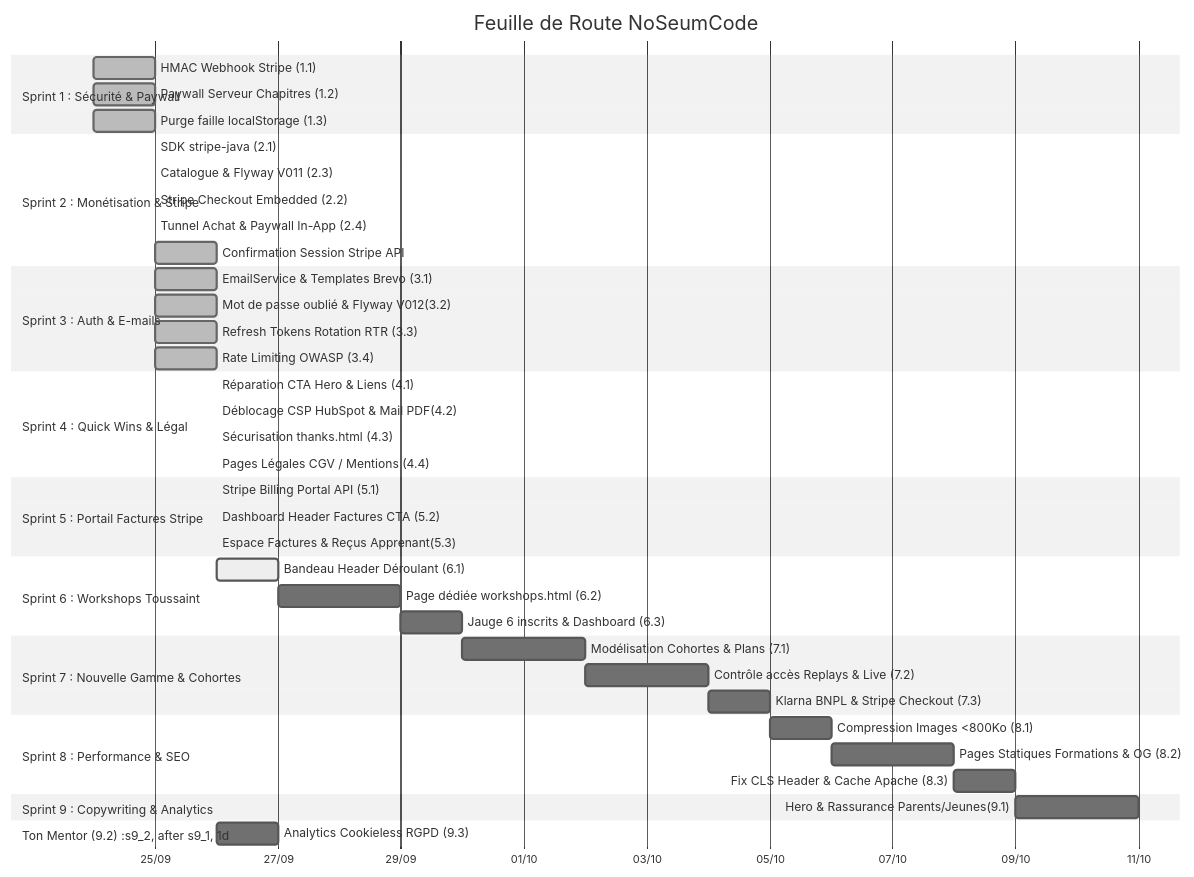
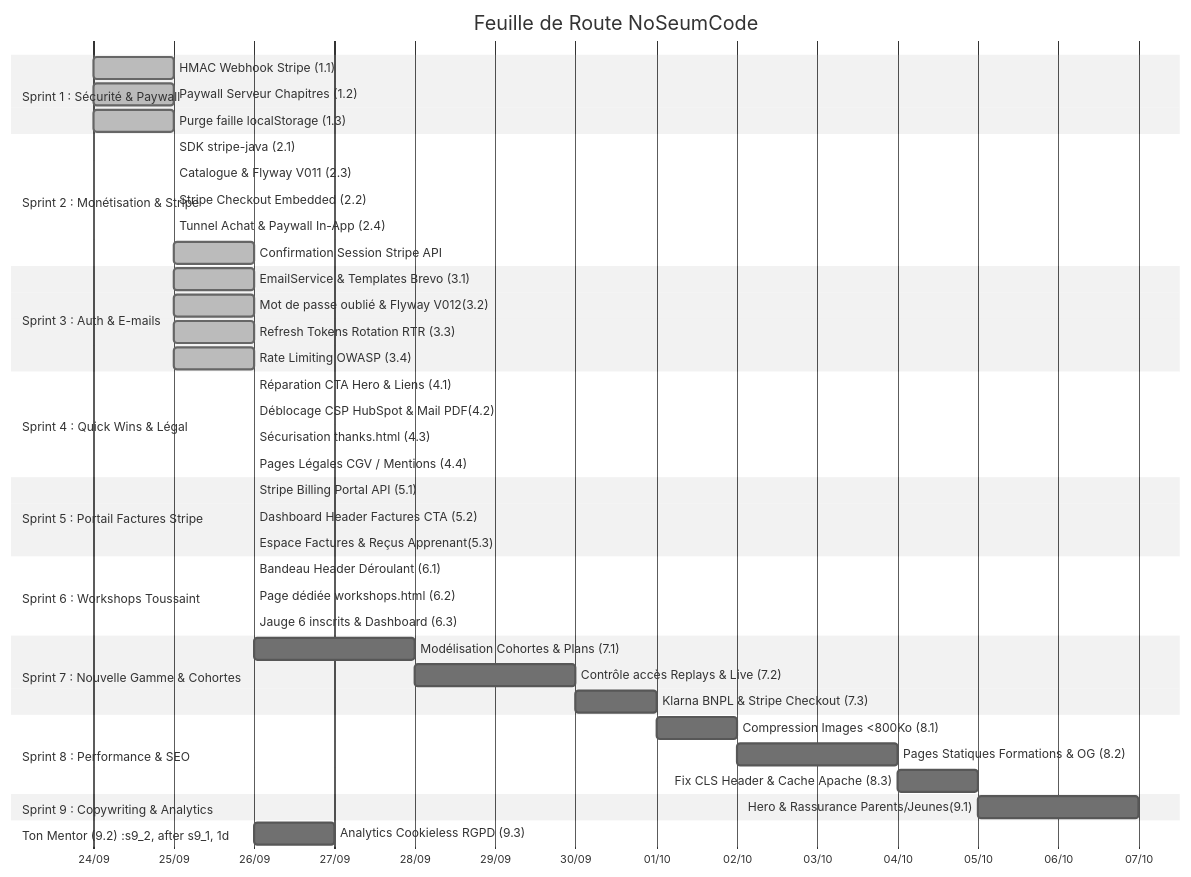
One commit to cedricrgt/noSeumCode changed the diagram in docs/ai/ROADMAP.md. Above: the diagram before and after it, drawn with Mermaid (neutral theme). The commit also changed other lines of this file and 27 other files, not shown here.

First line of the commit message:
feat(workshops): implement toussaint discovery workshops with 6-seat limit and student dashboard sync

````diff
--- a/docs/ai/ROADMAP.md
+++ b/docs/ai/ROADMAP.md
@@ -26,55 +26,55 @@
 ```mermaid
 gantt
     title Feuille de Route NoSeumCode
     dateFormat  YYYY-MM-DD
     axisFormat  %d/%m
 
     section Sprint 1 : Sécurité & Paywall
     HMAC Webhook Stripe (1.1)            :done, s1_1, 2026-09-24, 2026-09-25
     Paywall Serveur Chapitres (1.2)      :done, s1_2, 2026-09-24, 2026-09-25
     Purge faille localStorage (1.3)      :done, s1_3, 2026-09-24, 2026-09-25
 
     section Sprint 2 : Monétisation & Stripe
     SDK stripe-java (2.1)                :done, s2_1, 2026-09-25, 2026-09-25
     Catalogue & Flyway V011 (2.3)        :done, s2_2, 2026-09-25, 2026-09-25
     Stripe Checkout Embedded (2.2)       :done, s2_3, 2026-09-25, 2026-09-25
     Tunnel Achat & Paywall In-App (2.4)  :done, s2_4, 2026-09-25, 2026-09-25
     Confirmation Session Stripe API      :done, s2_5, 2026-09-25, 2026-09-26
 
     section Sprint 3 : Auth & E-mails
     EmailService & Templates Brevo (3.1) :done, s3_1, 2026-09-25, 2026-09-26
     Mot de passe oublié & Flyway V012(3.2):done, s3_2, 2026-09-25, 2026-09-26
     Refresh Tokens Rotation RTR (3.3)    :done, s3_3, 2026-09-25, 2026-09-26
     Rate Limiting OWASP (3.4)            :done, s3_4, 2026-09-25, 2026-09-26
 
     section Sprint 4 : Quick Wins & Légal
     Réparation CTA Hero & Liens (4.1)    :done, s4_1, 2026-09-26, 2026-09-26
     Déblocage CSP HubSpot & Mail PDF(4.2):done, s4_2, 2026-09-26, 2026-09-26
     Sécurisation thanks.html (4.3)       :done, s4_3, 2026-09-26, 2026-09-26
     Pages Légales CGV / Mentions (4.4)   :done, s4_4, 2026-09-26, 2026-09-26
 
     section Sprint 5 : Portail Factures Stripe
     Stripe Billing Portal API (5.1)      :done, s5_1, 2026-09-26, 2026-09-26
     Dashboard Header Factures CTA (5.2)  :done, s5_2, 2026-09-26, 2026-09-26
     Espace Factures & Reçus Apprenant(5.3):done, s5_3, 2026-09-26, 2026-09-26
 
     section Sprint 6 : Workshops Toussaint
-    Bandeau Header Déroulant (6.1)       :active, s6_1, 2026-09-26, 1d
-    Page dédiée workshops.html (6.2)     :s6_2, after s6_1, 2d
-    Jauge 6 inscrits & Dashboard (6.3)   :s6_3, after s6_2, 1d
+    Bandeau Header Déroulant (6.1)       :done, s6_1, 2026-09-26, 2026-09-26
+    Page dédiée workshops.html (6.2)     :done, s6_2, 2026-09-26, 2026-09-26
+    Jauge 6 inscrits & Dashboard (6.3)   :done, s6_3, 2026-09-26, 2026-09-26
 
     section Sprint 7 : Nouvelle Gamme & Cohortes
     Modélisation Cohortes & Plans (7.1)  :s7_1, after s6_3, 2d
     Contrôle accès Replays & Live (7.2)  :s7_2, after s7_1, 2d
     Klarna BNPL & Stripe Checkout (7.3)  :s7_3, after s7_2, 1d
 
     section Sprint 8 : Performance & SEO
     Compression Images <800Ko (8.1)      :s8_1, after s7_3, 1d
     Pages Statiques Formations & OG (8.2):s8_2, after s8_1, 2d
     Fix CLS Header & Cache Apache (8.3)  :s8_3, after s8_2, 1d
 
     section Sprint 9 : Copywriting & Analytics
     Hero & Rassurance Parents/Jeunes(9.1):s9_1, after s8_3, 2d
     Section Ton Mentor (9.2)             :s9_2, after s9_1, 1d
     Analytics Cookieless RGPD (9.3)      :s9_3, after s9_2, 1d
 ```
````
